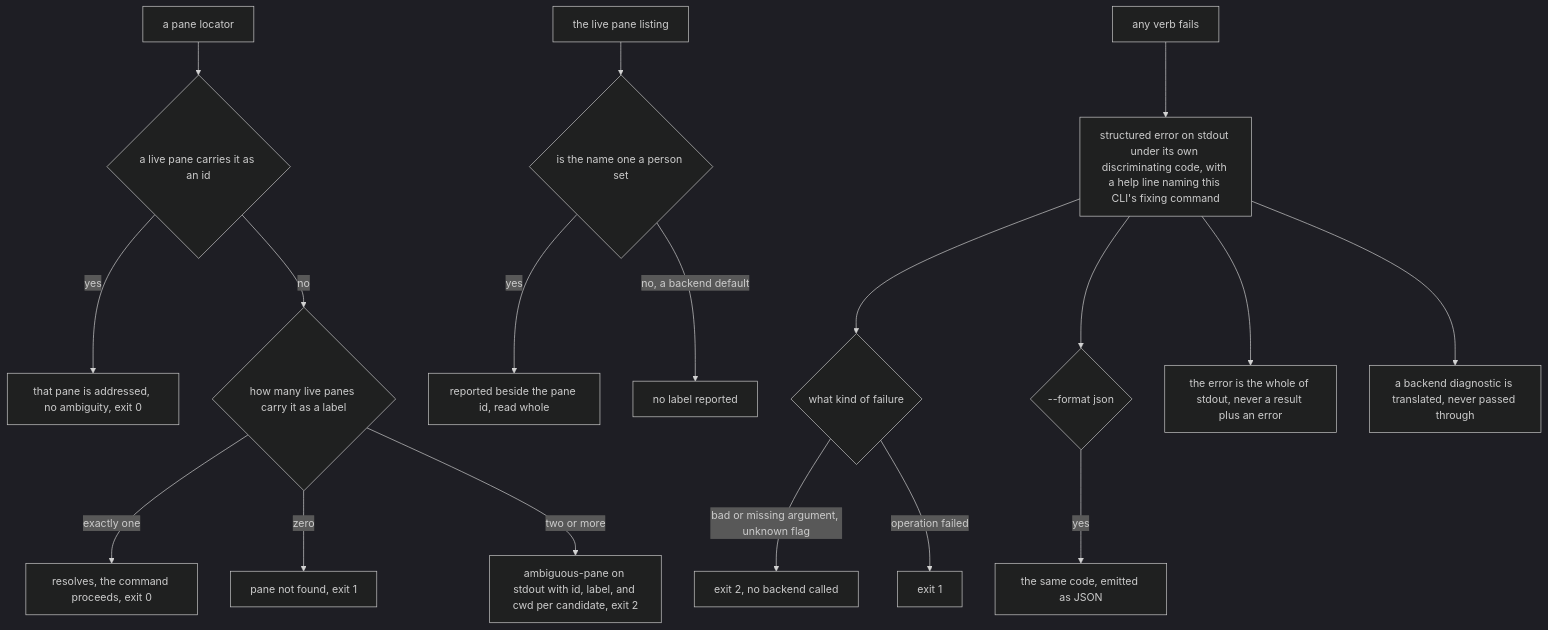
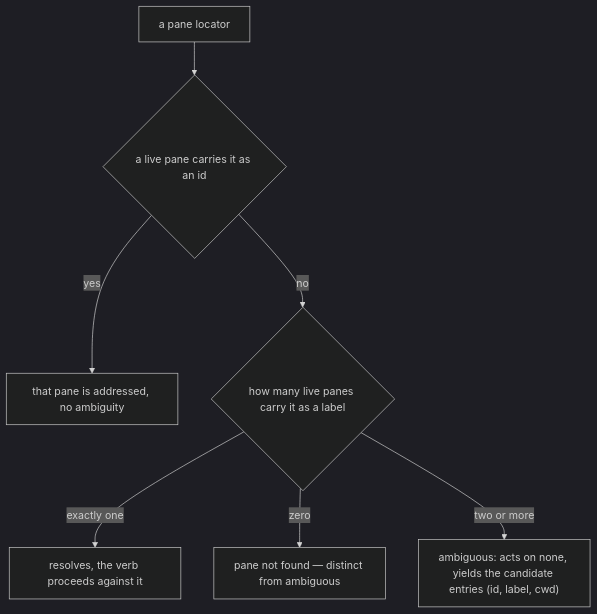
The second of 2 diagrams in packages/cyber-mux/.agents/spec/mux/lookup/README.md (cyberuni/cyber-mux), drawn with Mermaid (dark theme) before and after one commit. The commit also changed other lines of this file and 31 other files, not shown here.

````diff
--- a/packages/cyber-mux/.agents/spec/mux/lookup/README.md
+++ b/packages/cyber-mux/.agents/spec/mux/lookup/README.md
@@ -162,20 +121,9 @@
 ```mermaid
 graph TD
   A["a pane locator"] --> ID{"a live pane carries it as an id"}
-  ID -->|"yes"| IDW["that pane is addressed, no ambiguity, exit 0"]
+  ID -->|"yes"| IDW["that pane is addressed, no ambiguity"]
   ID -->|"no"| LBL{"how many live panes carry it as a label"}
-  LBL -->|"exactly one"| ONE["resolves, the command proceeds, exit 0"]
-  LBL -->|"zero"| ZERO["pane not found, exit 1"]
-  LBL -->|"two or more"| MANY["ambiguous-pane on stdout with id, label, and cwd per candidate, exit 2"]
-  LST["the live pane listing"] --> AUTH{"is the name one a person set"}
-  AUTH -->|"yes"| KEEP["reported beside the pane id, read whole"]
-  AUTH -->|"no, a backend default"| DROP["no label reported"]
-  FAIL["any verb fails"] --> ERR["structured error on stdout under its own discriminating code, with a help line naming this CLI's fixing command"]
-  ERR --> KIND{"what kind of failure"}
-  KIND -->|"bad or missing argument, unknown flag"| E2["exit 2, no backend called"]
-  KIND -->|"operation failed"| E1["exit 1"]
-  ERR --> FMT{"--format json"}
-  FMT -->|"yes"| JSON["the same code, emitted as JSON"]
-  ERR --> ONLY["the error is the whole of stdout, never a result plus an error"]
-  ERR --> TRANS["a backend diagnostic is translated, never passed through"]
+  LBL -->|"exactly one"| ONE["resolves, the verb proceeds against it"]
+  LBL -->|"zero"| ZERO["pane not found — distinct from ambiguous"]
+  LBL -->|"two or more"| MANY["ambiguous: acts on none, yields the candidate entries (id, label, cwd)"]
 ```
````
